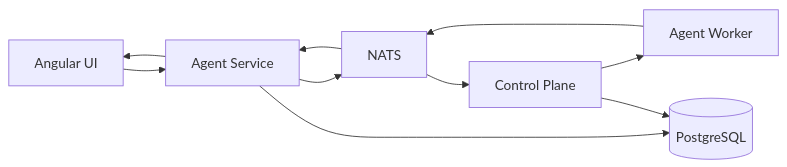
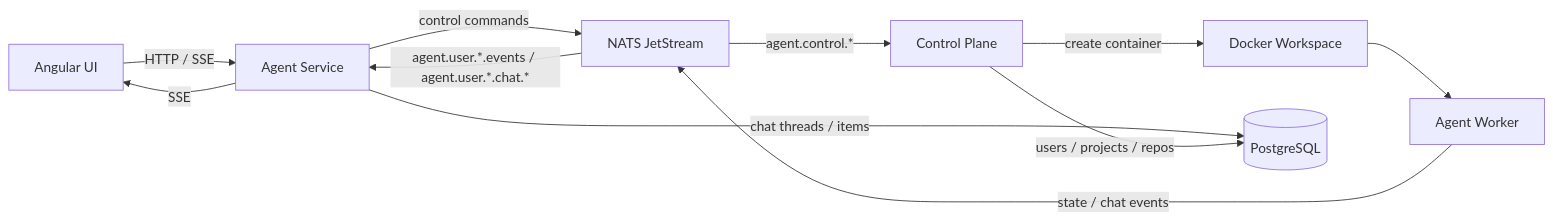
One commit to lihai1/ai-platform-swe-1.6-gen changed the diagram in README.md. Above: the diagram before and after it, drawn with Mermaid. The commit also changed other lines of this file and 117 other files, not shown here.

````diff
--- a/README.md
+++ b/README.md
@@ -251,12 +264,13 @@
 ```mermaid
 graph LR
-    UI[Angular UI] --> AgentService[Agent Service]
-    AgentService --> NATS[NATS]
-    NATS --> ControlPlane[Control Plane]
-    ControlPlane --> Worker[Agent Worker]
-    Worker --> NATS
-    NATS --> AgentService
-    AgentService --> UI
-    AgentService --> DB[(PostgreSQL)]
-    ControlPlane --> DB
+    UI[Angular UI] -->|HTTP / SSE| AgentService[Agent Service]
+    AgentService -->|control commands| NATS[NATS JetStream]
+    NATS -->|agent.control.*| ControlPlane[Control Plane]
+    ControlPlane -->|create container| Docker[Docker Workspace]
+    Docker --> Worker[Agent Worker]
+    Worker -->|state / chat events| NATS
+    NATS -->|agent.user.*.events / agent.user.*.chat.*| AgentService
+    AgentService -->|SSE| UI
+    AgentService -->|chat threads / items| DB[(PostgreSQL)]
+    ControlPlane -->|users / projects / repos| DB
 ```
````
